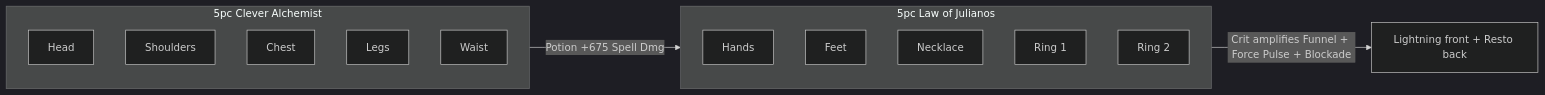
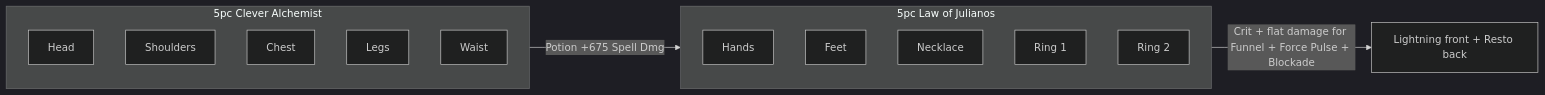
One commit to solaegis/CharacterMarkdown changed the third of 3 diagrams in examples/solaegis/eu/dolu_tanesi_plan.md. Above: the diagram before and after it, drawn with Mermaid (dark theme). The commit also changed other lines of this file and 10 other files, not shown here.

````diff
--- a/examples/solaegis/eu/dolu_tanesi_plan.md
+++ b/examples/solaegis/eu/dolu_tanesi_plan.md
@@ -219,19 +220,19 @@
 ```mermaid
 graph LR
     subgraph CleverAlchemist ["5pc Clever Alchemist"]
         C1["Head"]
         C2["Shoulders"]
         C3["Chest"]
         C4["Legs"]
         C5["Waist"]
     end
     subgraph Julianos ["5pc Law of Julianos"]
         J1["Hands"]
         J2["Feet"]
         J3["Necklace"]
         J4["Ring 1"]
         J5["Ring 2"]
     end
     CleverAlchemist -->|"Potion +675 Spell Dmg"| Julianos
-    Julianos -->|"Crit amplifies Funnel + Force Pulse + Blockade"| Staves["Lightning front + Resto back"]
+    Julianos -->|"Crit + flat damage for Funnel + Force Pulse + Blockade"| Staves["Lightning front + Resto back"]
 ```
````
